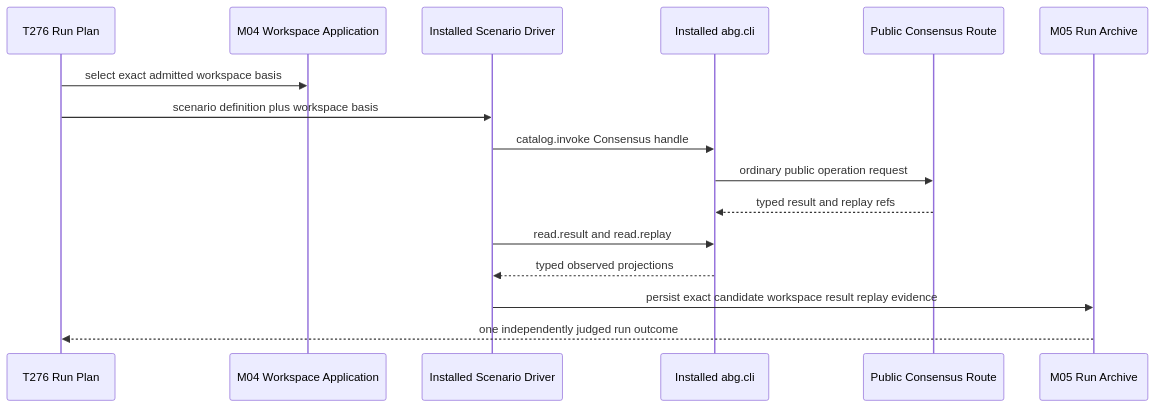
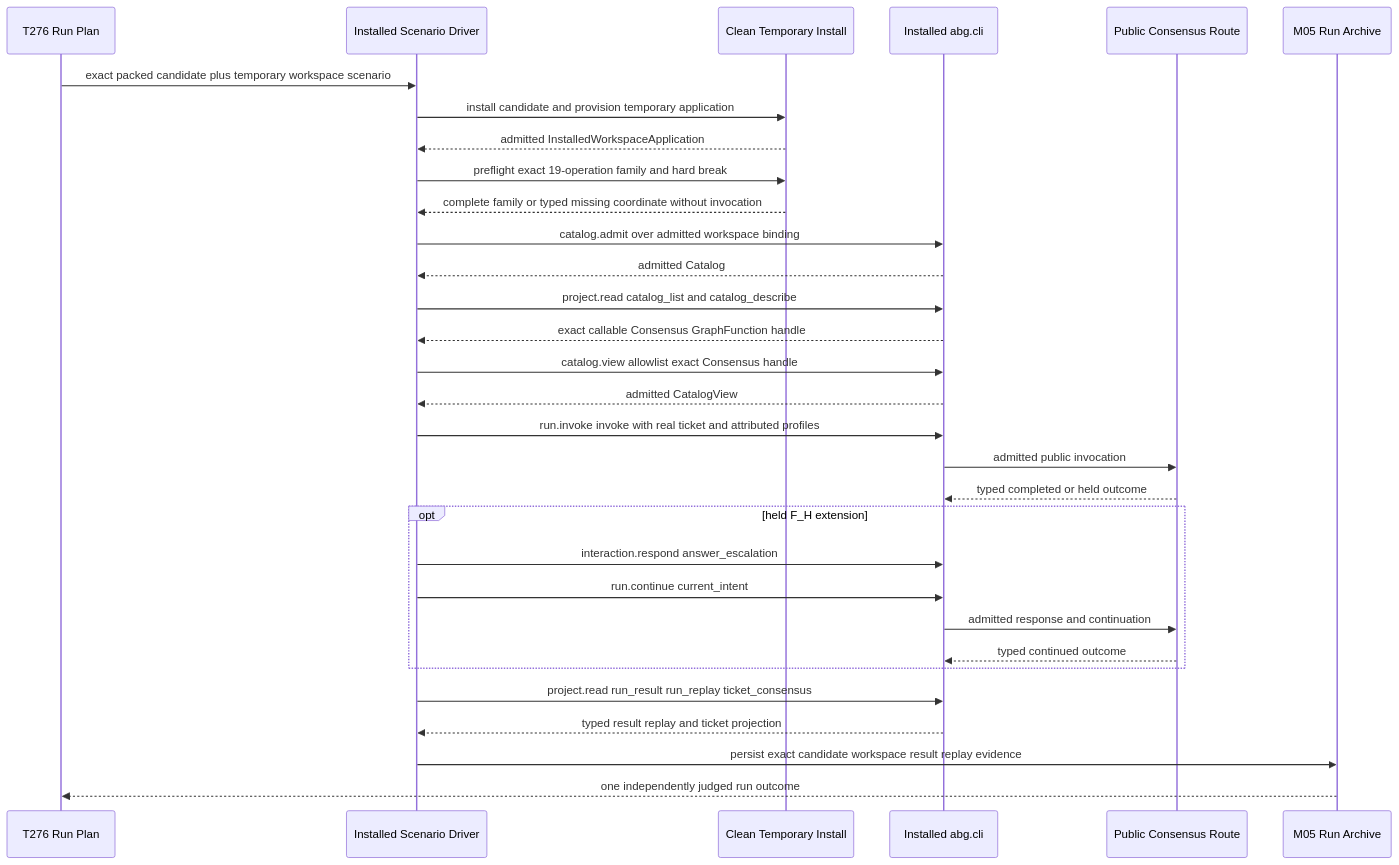
The second of 3 diagrams in build_tenants/abiogenesis/typescript/design/M04_M05_INSTALLED_CONSENSUS_SCENARIO_PRIME_CONTRACTION_BEHAVIOR_DESIGN.md (foolishimp/abiogenesis), drawn with Mermaid before and after one commit. The commit also changed other lines of this file and 2 other files, not shown here.

Commit message:
accept(t276): make installed consensus the delivery governor

````diff
--- a/build_tenants/abiogenesis/typescript/design/M04_M05_INSTALLED_CONSENSUS_SCENARIO_PRIME_CONTRACTION_BEHAVIOR_DESIGN.md
+++ b/build_tenants/abiogenesis/typescript/design/M04_M05_INSTALLED_CONSENSUS_SCENARIO_PRIME_CONTRACTION_BEHAVIOR_DESIGN.md
@@ -173,19 +190,34 @@
 ```mermaid
 sequenceDiagram
   participant Plan as T276 Run Plan
-  participant Workspace as M04 Workspace Application
   participant Driver as Installed Scenario Driver
+  participant Install as Clean Temporary Install
   participant CLI as Installed abg.cli
   participant Runtime as Public Consensus Route
   participant Archive as M05 Run Archive
 
-  Plan->>Workspace: select exact admitted workspace basis
-  Plan->>Driver: scenario definition plus workspace basis
-  Driver->>CLI: catalog.invoke Consensus handle
-  CLI->>Runtime: ordinary public operation request
-  Runtime-->>CLI: typed result and replay refs
-  Driver->>CLI: read.result and read.replay
-  CLI-->>Driver: typed observed projections
+  Plan->>Driver: exact packed candidate plus temporary workspace scenario
+  Driver->>Install: install candidate and provision temporary application
+  Install-->>Driver: admitted InstalledWorkspaceApplication
+  Driver->>Install: preflight exact 19-operation family and hard break
+  Install-->>Driver: complete family or typed missing coordinate without invocation
+  Driver->>CLI: catalog.admit over admitted workspace binding
+  CLI-->>Driver: admitted Catalog
+  Driver->>CLI: project.read catalog_list and catalog_describe
+  CLI-->>Driver: exact callable Consensus GraphFunction handle
+  Driver->>CLI: catalog.view allowlist exact Consensus handle
+  CLI-->>Driver: admitted CatalogView
+  Driver->>CLI: run.invoke invoke with real ticket and attributed profiles
+  CLI->>Runtime: admitted public invocation
+  Runtime-->>CLI: typed completed or held outcome
+  opt held F_H extension
+    Driver->>CLI: interaction.respond answer_escalation
+    Driver->>CLI: run.continue current_intent
+    CLI->>Runtime: admitted response and continuation
+    Runtime-->>CLI: typed continued outcome
+  end
+  Driver->>CLI: project.read run_result run_replay ticket_consensus
+  CLI-->>Driver: typed result replay and ticket projection
   Driver->>Archive: persist exact candidate workspace result replay evidence
   Archive-->>Plan: one independently judged run outcome
 ```
````
